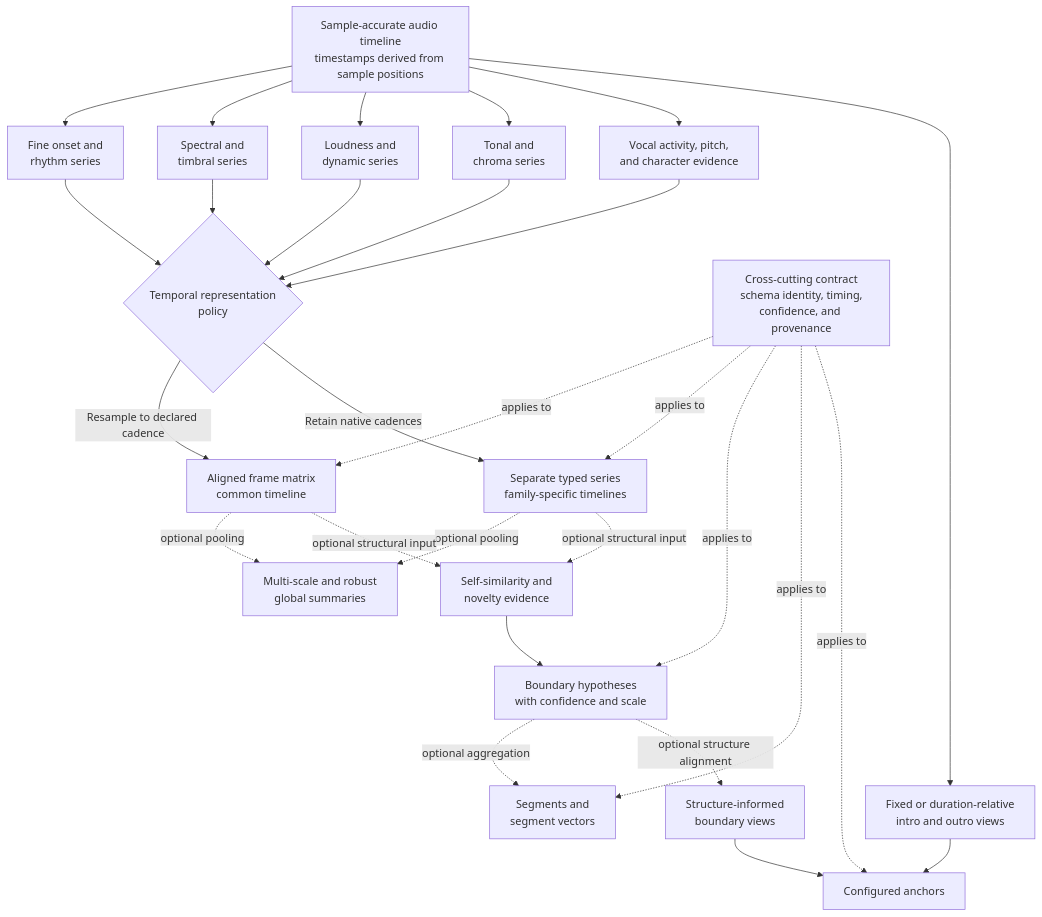
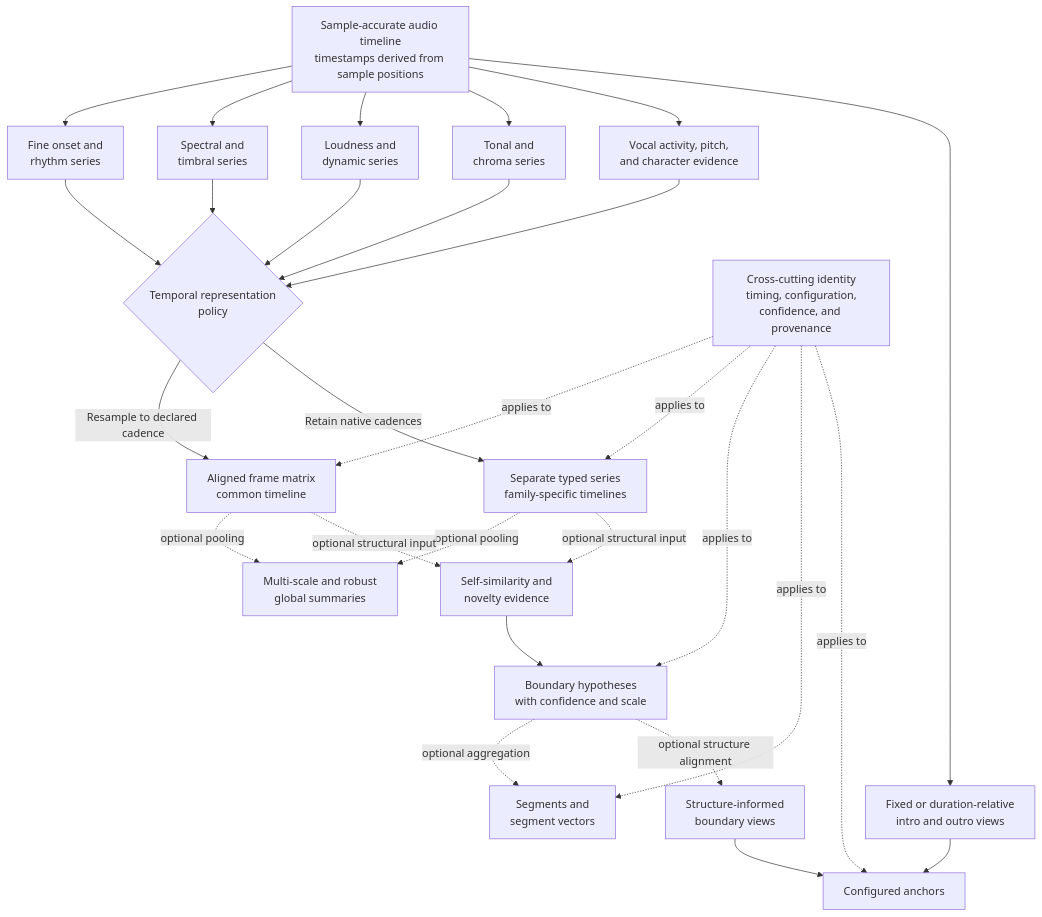
The diagram in docs/analysis/temporal-and-confidence.md (chrober/bliss-similarity-design), drawn with Mermaid before and after one commit. The commit also changed other lines of this file and 20 other files, not shown here.

````diff
--- a/docs/analysis/temporal-and-confidence.md
+++ b/docs/analysis/temporal-and-confidence.md
@@ -13,39 +13,39 @@
 ```mermaid
 flowchart TB
     AUDIO[Sample-accurate audio timeline<br/>timestamps derived from sample positions]
 
     AUDIO --> RHYTHM[Fine onset and<br/>rhythm series]
     AUDIO --> TIMBRE[Spectral and<br/>timbral series]
     AUDIO --> LOUD[Loudness and<br/>dynamic series]
     AUDIO --> TONAL[Tonal and<br/>chroma series]
     AUDIO --> VOCAL[Vocal activity, pitch,<br/>and character evidence]
 
     RHYTHM --> POLICY{Temporal representation<br/>policy}
     TIMBRE --> POLICY
     LOUD --> POLICY
     TONAL --> POLICY
     VOCAL --> POLICY
 
     POLICY -->|Resample to declared cadence| ALIGNED[Aligned frame matrix<br/>common timeline]
     POLICY -->|Retain native cadences| TYPED[Separate typed series<br/>family-specific timelines]
 
     ALIGNED -. optional pooling .-> SUMMARY[Multi-scale and robust<br/>global summaries]
     TYPED -. optional pooling .-> SUMMARY
 
     ALIGNED -. optional structural input .-> SSM[Self-similarity and<br/>novelty evidence]
     TYPED -. optional structural input .-> SSM
     SSM --> BOUND[Boundary hypotheses<br/>with confidence and scale]
     BOUND -. optional aggregation .-> SEG[Segments and<br/>segment vectors]
 
     AUDIO --> FIXED[Fixed or duration-relative<br/>intro and outro views]
     BOUND -. optional structure alignment .-> STRUCTANCHOR[Structure-informed<br/>boundary views]
     FIXED --> ANCHOR[Configured anchors]
     STRUCTANCHOR --> ANCHOR
 
-    META[Cross-cutting contract<br/>schema identity, timing,<br/>confidence, and provenance]
+    META[Cross-cutting identity<br/>timing, configuration,<br/>confidence, and provenance]
     META -. applies to .-> ALIGNED
     META -. applies to .-> TYPED
     META -. applies to .-> BOUND
     META -. applies to .-> SEG
     META -. applies to .-> ANCHOR
 ```
````
